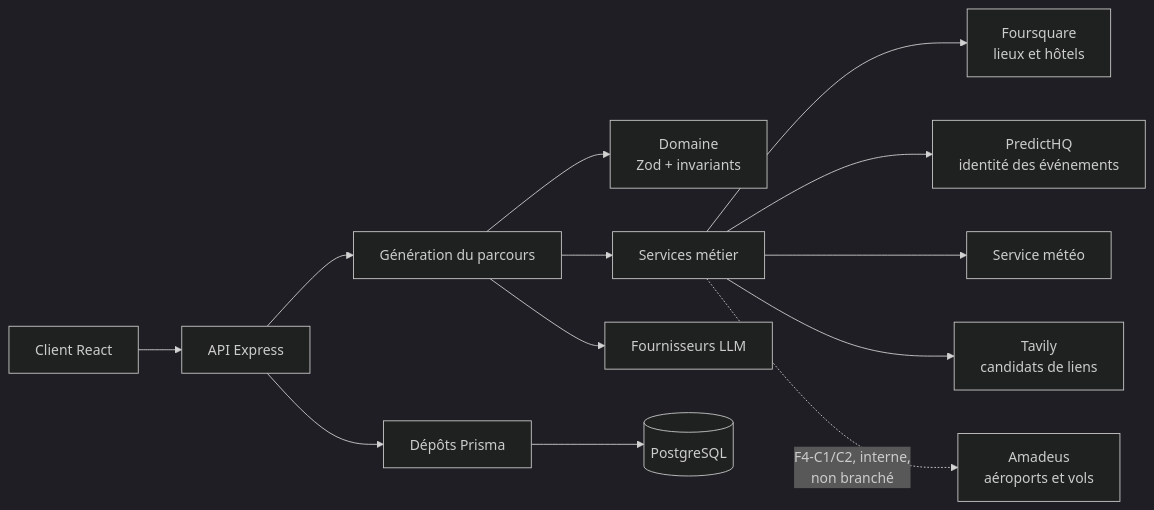
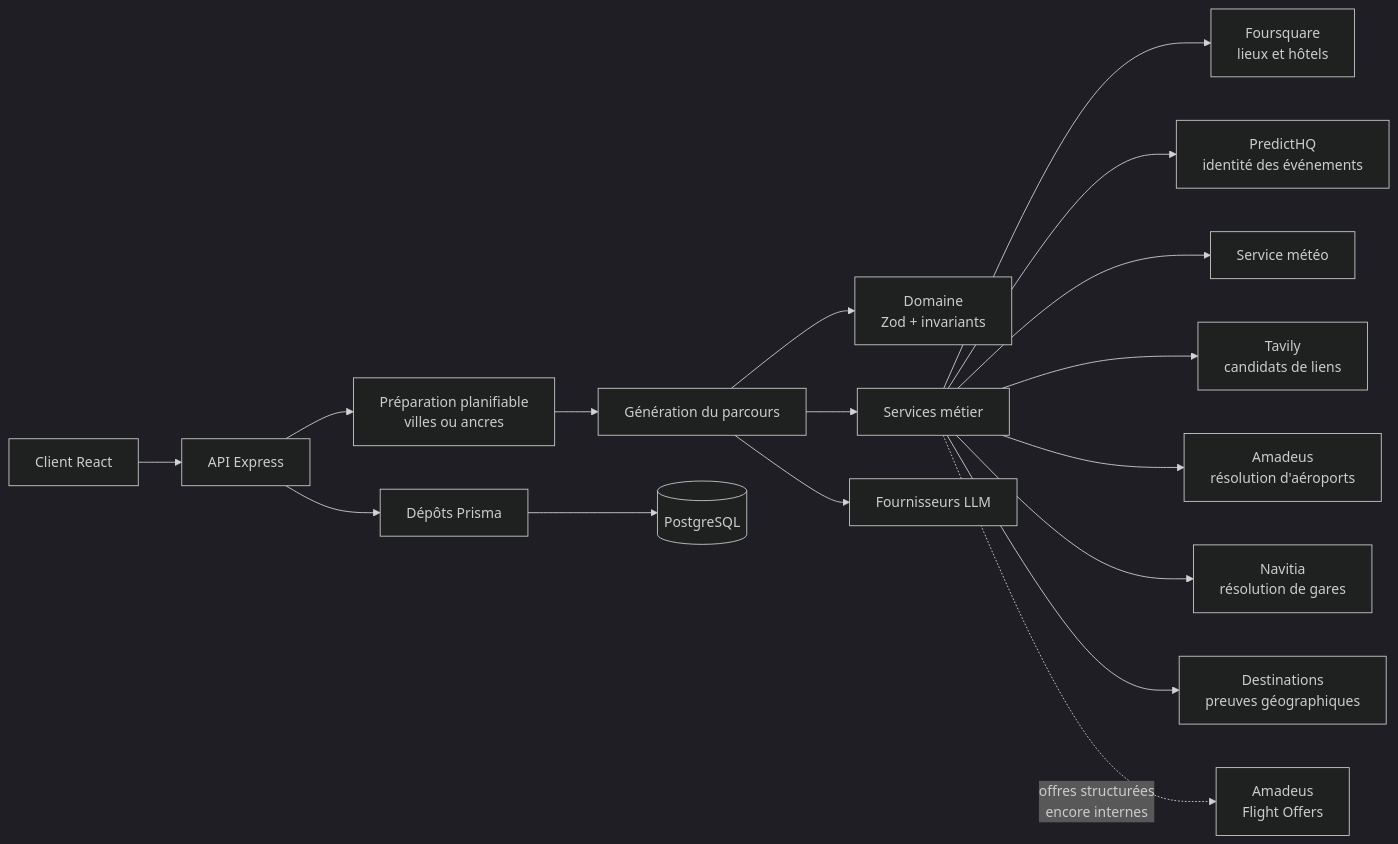
The first of 9 diagrams in docs/architecture/README.md (loties1533/experience-ai), drawn with Mermaid (dark theme) before and after one commit. The commit also changed other lines of this file and 14 other files, not shown here.

````diff
--- a/docs/architecture/README.md
+++ b/docs/architecture/README.md
@@ -17,16 +17,20 @@
 ```mermaid
 flowchart LR
     C["Client React"] --> API["API Express"]
-    API --> G["Génération du parcours"]
+    API --> PREP["Préparation planifiable<br/>villes ou ancres"]
+    PREP --> G["Génération du parcours"]
     G --> D["Domaine<br/>Zod + invariants"]
     G --> S["Services métier"]
     API --> P["Dépôts Prisma"]
     P --> DB[("PostgreSQL")]
 
     G --> LLM["Fournisseurs LLM"]
     S --> FS["Foursquare<br/>lieux et hôtels"]
     S --> PHQ["PredictHQ<br/>identité des événements"]
     S --> METEO["Service météo"]
     S --> TAV["Tavily<br/>candidats de liens"]
-    S -. "F4-C1/C2, interne,<br/>non branché" .-> AMA["Amadeus<br/>aéroports et vols"]
+    S --> AMA["Amadeus<br/>résolution d'aéroports"]
+    S --> NAV["Navitia<br/>résolution de gares"]
+    S --> DEST["Destinations<br/>preuves géographiques"]
+    S -. "offres structurées<br/>encore internes" .-> VOL["Amadeus<br/>Flight Offers"]
 ```
````
